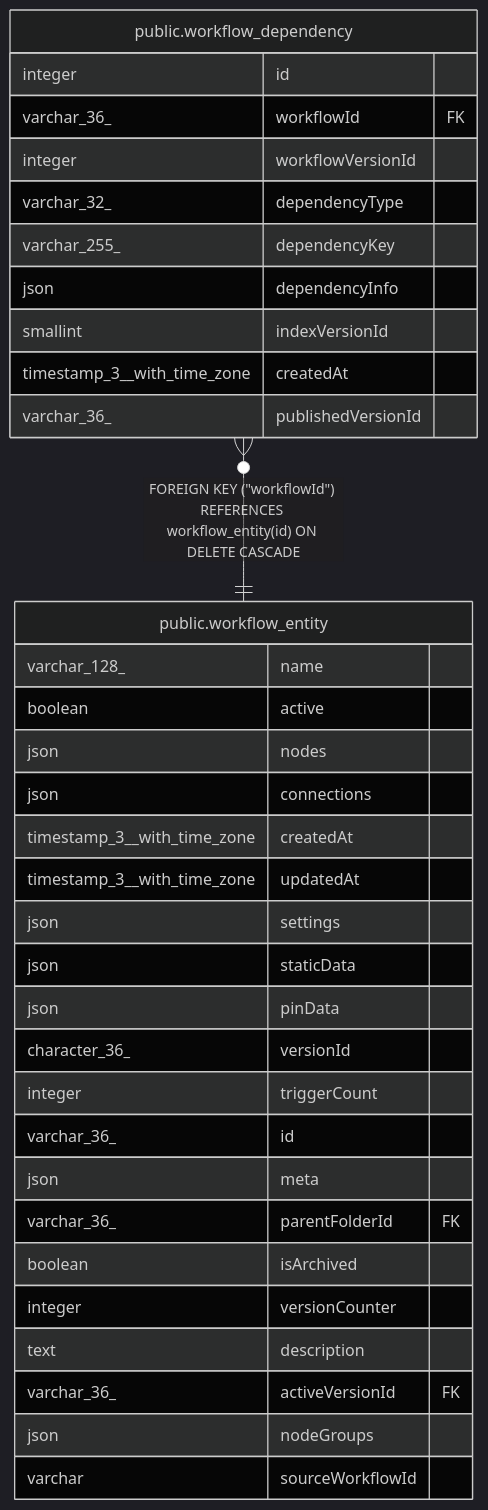
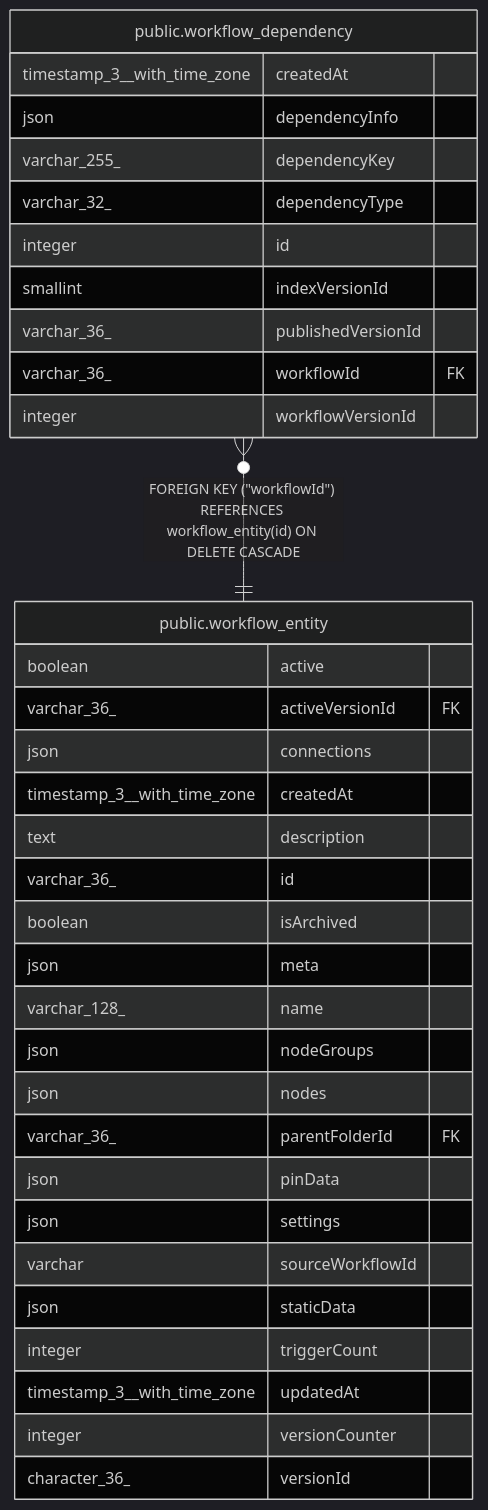
One commit to mayankjain1815-commits/n8n changed the diagram in docs/generated/postgres-schema/public.workflow_dependency.md. Above: the diagram before and after it, drawn with Mermaid (dark theme). The commit also changed other lines of this file and 221 other files, not shown here.

Commit message:
chore(core): Make DB schema docs generation deterministic (#32373)

````diff
--- a/docs/generated/postgres-schema/public.workflow_dependency.md
+++ b/docs/generated/postgres-schema/public.workflow_dependency.md
@@ -43,39 +43,39 @@
 ```mermaid
 erDiagram
 
 "public.workflow_dependency" }o--|| "public.workflow_entity" : "FOREIGN KEY (#quot;workflowId#quot;) REFERENCES workflow_entity(id) ON DELETE CASCADE"
 
 "public.workflow_dependency" {
+  timestamp_3__with_time_zone createdAt
+  json dependencyInfo
+  varchar_255_ dependencyKey
+  varchar_32_ dependencyType
   integer id
+  smallint indexVersionId
+  varchar_36_ publishedVersionId
   varchar_36_ workflowId FK
   integer workflowVersionId
-  varchar_32_ dependencyType
-  varchar_255_ dependencyKey
-  json dependencyInfo
-  smallint indexVersionId
-  timestamp_3__with_time_zone createdAt
-  varchar_36_ publishedVersionId
 }
 "public.workflow_entity" {
-  varchar_128_ name
   boolean active
-  json nodes
+  varchar_36_ activeVersionId FK
   json connections
   timestamp_3__with_time_zone createdAt
+  text description
+  varchar_36_ id
+  boolean isArchived
+  json meta
+  varchar_128_ name
+  json nodeGroups
+  json nodes
+  varchar_36_ parentFolderId FK
+  json pinData
+  json settings
+  varchar sourceWorkflowId
+  json staticData
+  integer triggerCount
   timestamp_3__with_time_zone updatedAt
-  json settings
-  json staticData
-  json pinData
+  integer versionCounter
   character_36_ versionId
-  integer triggerCount
-  varchar_36_ id
-  json meta
-  varchar_36_ parentFolderId FK
-  boolean isArchived
-  integer versionCounter
-  text description
-  varchar_36_ activeVersionId FK
-  json nodeGroups
-  varchar sourceWorkflowId
 }
 ```
````
